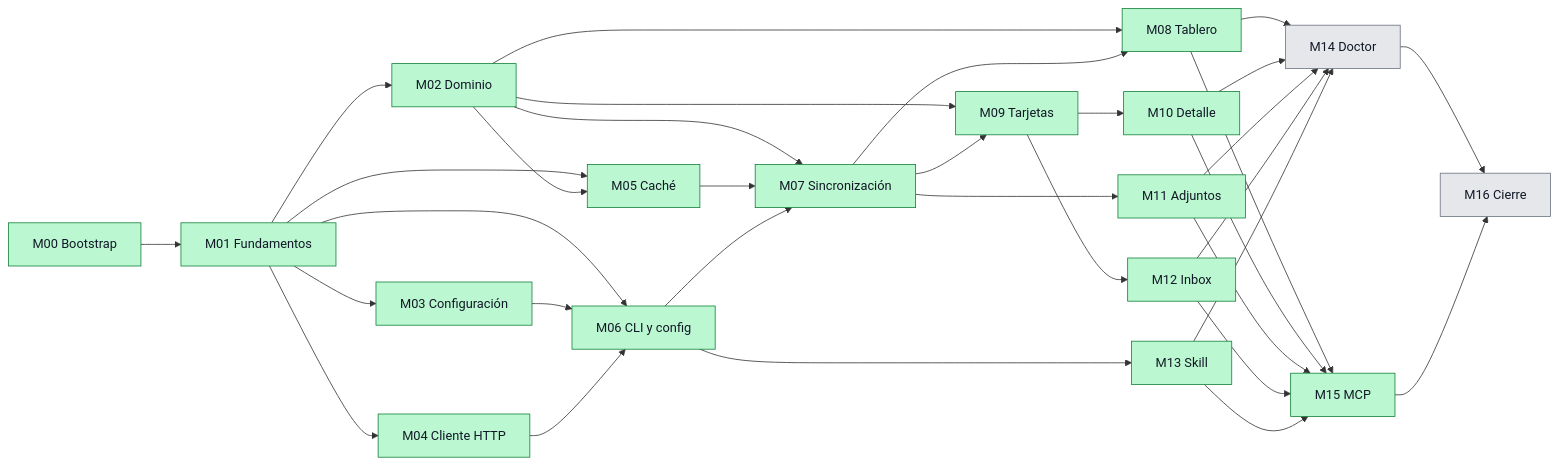
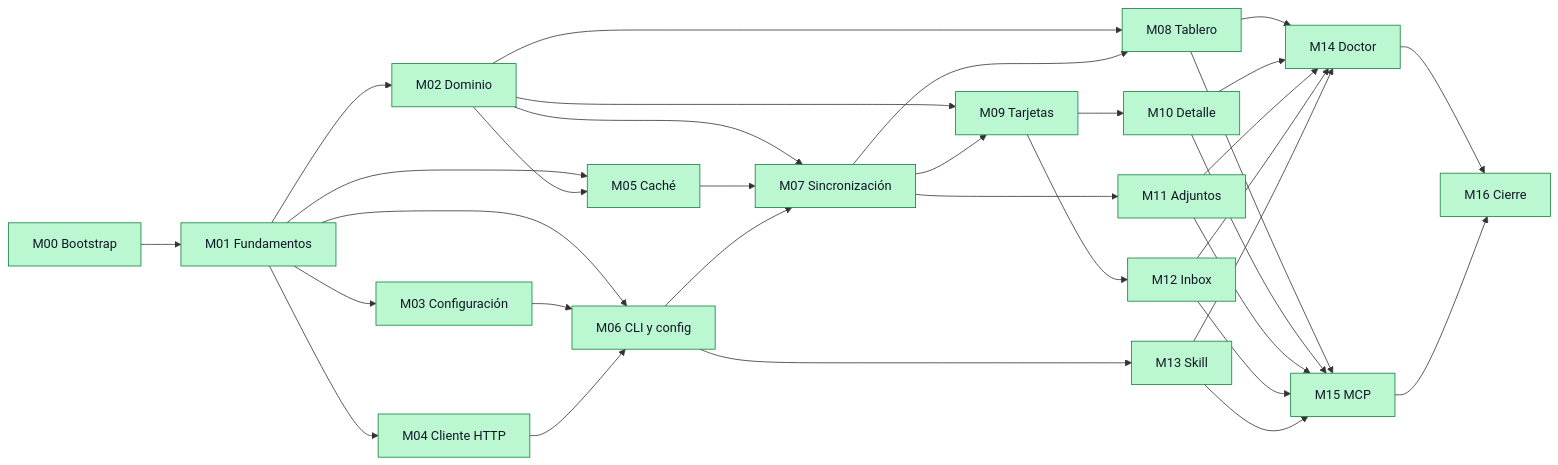
One commit to dayler/trelloctl changed the diagram in docs/plan/00-plan-maestro.md. Above: the diagram before and after it, drawn with Mermaid. The commit also changed other lines of this file and 3 other files, not shown here.

````diff
--- a/docs/plan/00-plan-maestro.md
+++ b/docs/plan/00-plan-maestro.md
@@ -84,42 +84,41 @@
 ```mermaid
 flowchart LR
     M00[M00 Bootstrap] --> M01[M01 Fundamentos]
     M01 --> M02[M02 Dominio]
     M01 --> M03[M03 Configuración]
     M01 --> M04[M04 Cliente HTTP]
     M01 --> M05[M05 Caché]
     M02 --> M05
     M01 --> M06[M06 CLI y config]
     M03 --> M06
     M04 --> M06
     M02 --> M07[M07 Sincronización]
     M05 --> M07
     M06 --> M07
     M06 --> M13[M13 Skill]
     M02 --> M08[M08 Tablero]
     M07 --> M08
     M02 --> M09[M09 Tarjetas]
     M07 --> M09
     M07 --> M11[M11 Adjuntos]
     M09 --> M10[M10 Detalle]
     M09 --> M12[M12 Inbox]
     M08 --> M14[M14 Doctor]
     M10 --> M14
     M11 --> M14
     M12 --> M14
     M13 --> M14
     M08 --> M15[M15 MCP]
     M10 --> M15
     M11 --> M15
     M12 --> M15
     M13 --> M15
     M14 --> M16[M16 Cierre]
     M15 --> M16
 
     classDef pending fill:#e5e7eb,stroke:#6b7280,color:#111827
     classDef in_progress fill:#fde68a,stroke:#b45309,color:#111827
     classDef in_review fill:#bfdbfe,stroke:#1d4ed8,color:#111827
     classDef done fill:#bbf7d0,stroke:#15803d,color:#111827
-    class M14,M16 pending
-    class M00,M01,M02,M03,M04,M05,M06,M07,M08,M09,M10,M11,M12,M13,M15 done
+    class M00,M01,M02,M03,M04,M05,M06,M07,M08,M09,M10,M11,M12,M13,M14,M15,M16 done
 ```
````
